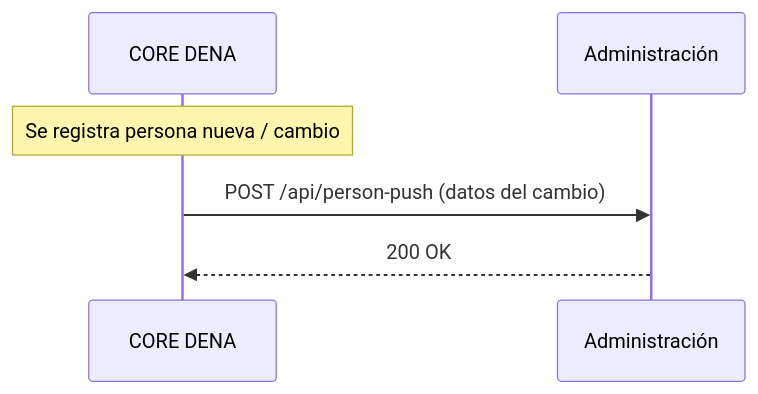
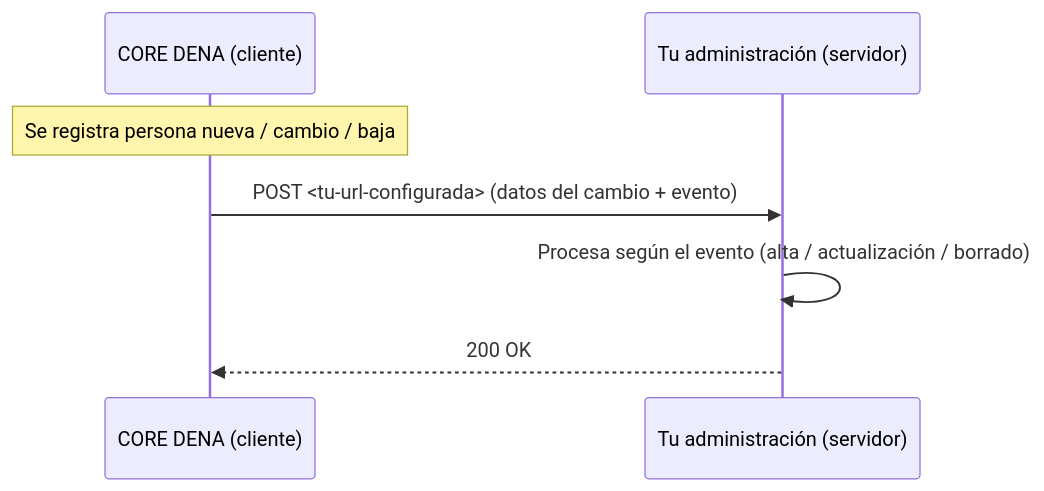
The diagram in docs/semantica/person-sync/push.md (DENA-Euskadi/dena-euskadi.github.io), drawn with Mermaid before and after one commit. The commit also changed other lines of this file and 52 other files, not shown here.

````diff
--- a/docs/semantica/person-sync/push.md
+++ b/docs/semantica/person-sync/push.md
@@ -9,9 +11,10 @@
 ``` mermaid
 sequenceDiagram
-    participant DENA as CORE DENA
-    participant Admin as Administración
+    participant DENA as CORE DENA (cliente)
+    participant Admin as Tu administración (servidor)
 
-    Note over DENA: Se registra persona nueva / cambio
-    DENA->>Admin: POST /api/person-push (datos del cambio)
+    Note over DENA: Se registra persona nueva / cambio / baja
+    DENA->>Admin: POST <tu-url-configurada> (datos del cambio + evento)
+    Admin->>Admin: Procesa según el evento (alta / actualización / borrado)
     Admin-->>DENA: 200 OK
 ```
````
